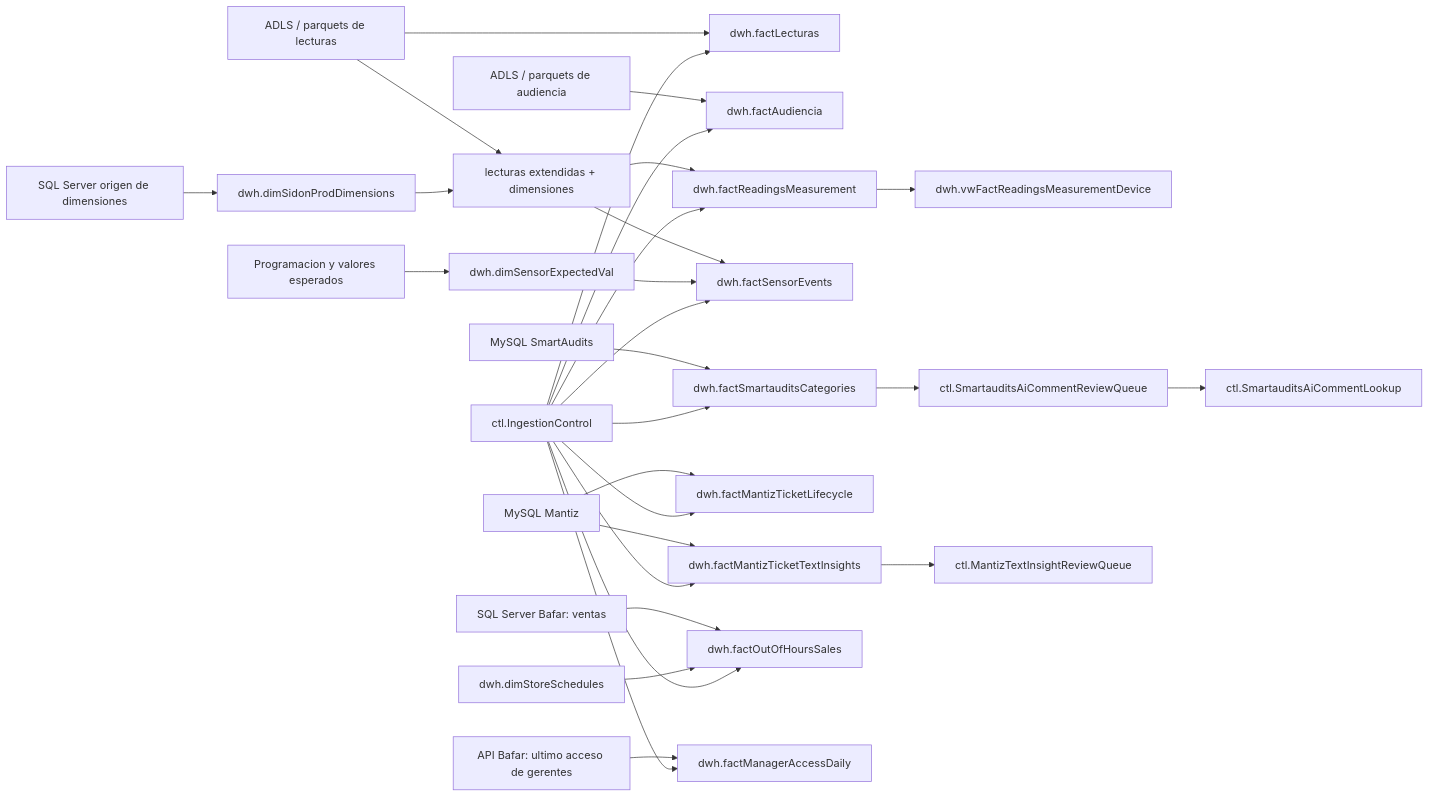
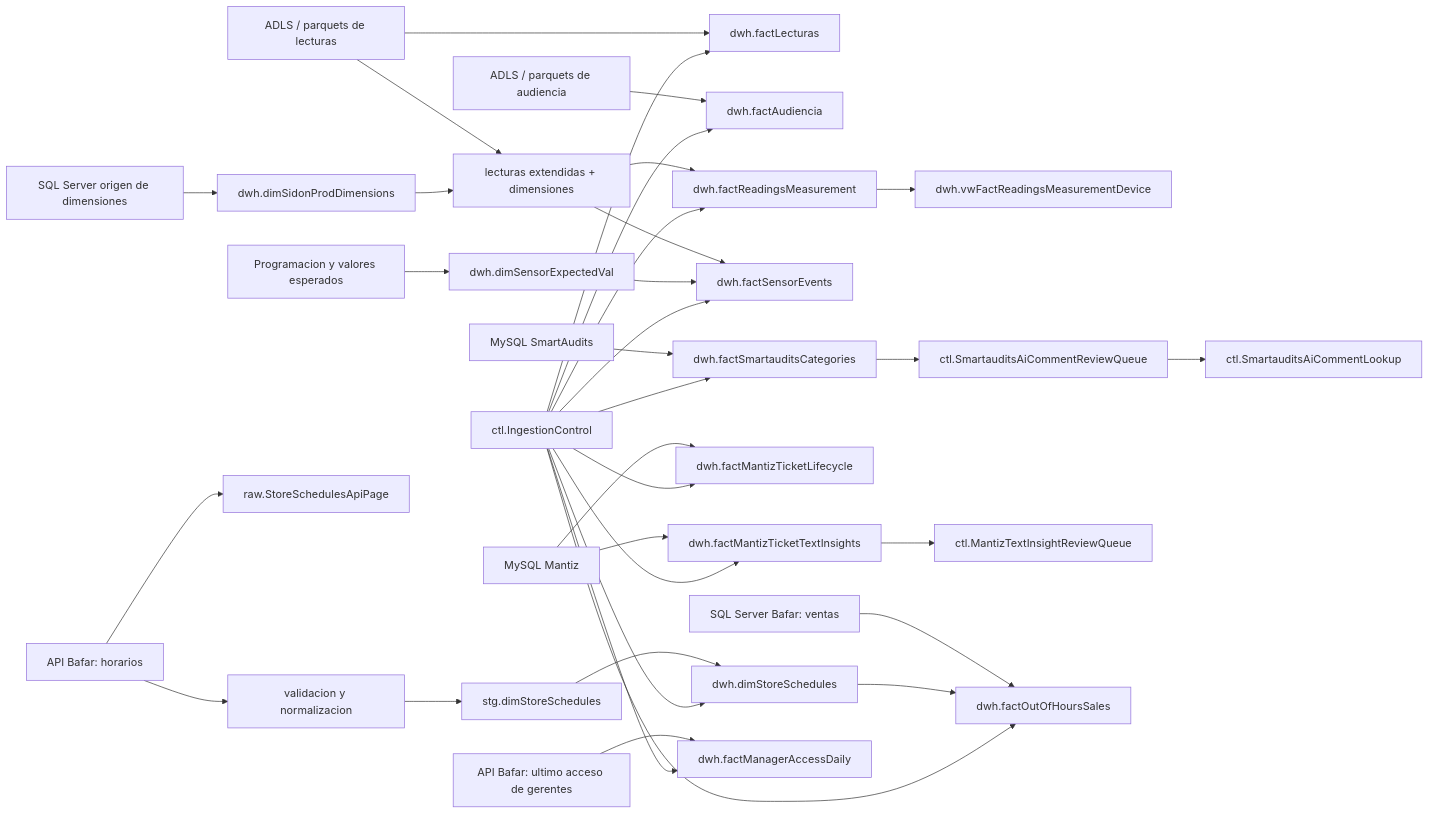
One commit to leotrevizo37/data-etls changed the diagram in docs/architecture/data_flow.md. Above: the diagram before and after it, drawn with Mermaid. The commit also changed other lines of this file and 5 other files, not shown here.

Commit message:
docs: se documenta implementacion de api de horarios de tiendas bafar

````diff
--- a/docs/architecture/data_flow.md
+++ b/docs/architecture/data_flow.md
@@ -5,38 +5,43 @@
 ```mermaid
 flowchart LR
   adls["ADLS / parquets de lecturas"] --> factLecturas["dwh.factLecturas"]
   adls --> readingsExtended["lecturas extendidas + dimensiones"]
   audience["ADLS / parquets de audiencia"] --> factAudiencia["dwh.factAudiencia"]
   sqlDims["SQL Server origen de dimensiones"] --> dimSidon["dwh.dimSidonProdDimensions"]
   sqlSchedule["Programacion y valores esperados"] --> expected["dwh.dimSensorExpectedVal"]
 
   dimSidon --> readingsExtended
   readingsExtended --> measurements["dwh.factReadingsMeasurement"]
   measurements --> deviceView["dwh.vwFactReadingsMeasurementDevice"]
 
   readingsExtended --> sensorEvents["dwh.factSensorEvents"]
   expected --> sensorEvents
 
   smartauditsMySql["MySQL SmartAudits"] --> smartauditsFact["dwh.factSmartauditsCategories"]
   smartauditsFact --> smartauditsReview["ctl.SmartauditsAiCommentReviewQueue"]
   smartauditsReview --> smartauditsLookup["ctl.SmartauditsAiCommentLookup"]
 
   mantizMySql["MySQL Mantiz"] --> mantizLifecycle["dwh.factMantizTicketLifecycle"]
   mantizMySql --> mantizInsights["dwh.factMantizTicketTextInsights"]
   mantizInsights --> mantizReview["ctl.MantizTextInsightReviewQueue"]
 
   bafarSales["SQL Server Bafar: ventas"] --> outOfHoursSales["dwh.factOutOfHoursSales"]
+  bafarSchedulesApi["API Bafar: horarios"] --> bafarSchedulesRaw["raw.StoreSchedulesApiPage"]
+  bafarSchedulesApi --> bafarSchedulesValidation["validacion y normalizacion"]
+  bafarSchedulesValidation --> bafarSchedulesStage["stg.dimStoreSchedules"]
+  bafarSchedulesStage --> bafarSchedules["dwh.dimStoreSchedules"]
   bafarSchedules["dwh.dimStoreSchedules"] --> outOfHoursSales
 
   managerAccessApi["API Bafar: ultimo acceso de gerentes"] --> managerAccess["dwh.factManagerAccessDaily"]
 
   control["ctl.IngestionControl"] --> factLecturas
   control --> factAudiencia
   control --> measurements
   control --> sensorEvents
   control --> smartauditsFact
   control --> mantizLifecycle
   control --> mantizInsights
+  control --> bafarSchedules
   control --> outOfHoursSales
   control --> managerAccess
 ```
````
